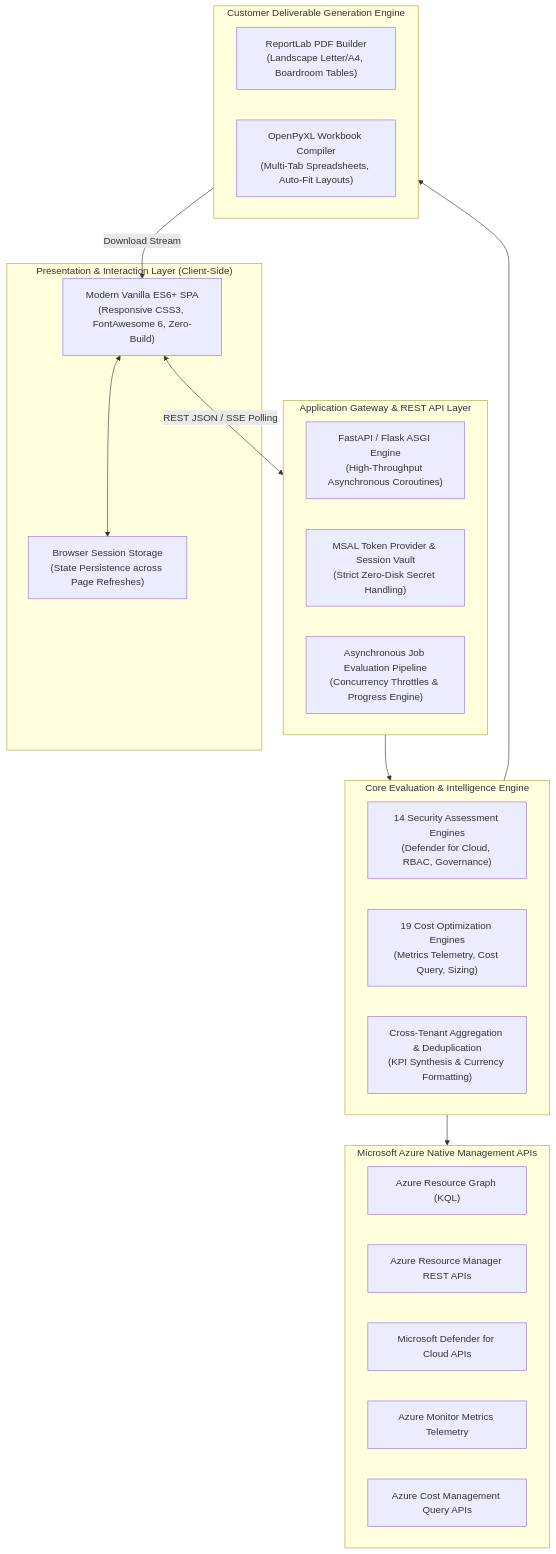
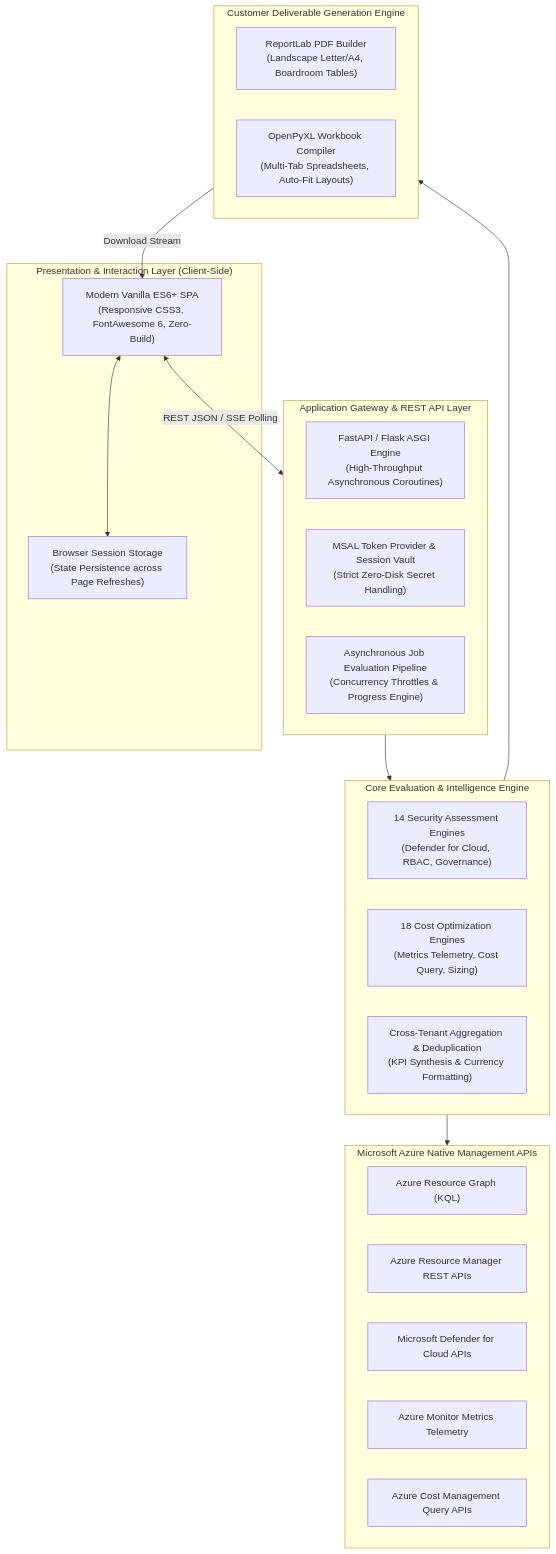
Before and after one commit to naveen-m0804/Azure_FinSecOps_Tool: the diagram in docs/TECH_STACK.md, drawn with Mermaid. The commit also changed other lines of this file and 61 other files, not shown here.

````diff
--- a/docs/TECH_STACK.md
+++ b/docs/TECH_STACK.md
@@ -16,39 +16,39 @@
 ```mermaid
 flowchart TD
     subgraph ClientLayer["Presentation & Interaction Layer (Client-Side)"]
         UI["Modern Vanilla ES6+ SPA\n(Responsive CSS3, FontAwesome 6, Zero-Build)"]
         Store["Browser Session Storage\n(State Persistence across Page Refreshes)"]
     end
 
     subgraph APILayer["Application Gateway & REST API Layer"]
         FastAPI["FastAPI / Flask ASGI Engine\n(High-Throughput Asynchronous Coroutines)"]
         AuthService["MSAL Token Provider & Session Vault\n(Strict Zero-Disk Secret Handling)"]
         JobManager["Asynchronous Job Evaluation Pipeline\n(Concurrency Throttles & Progress Engine)"]
     end
 
     subgraph EngineLayer["Core Evaluation & Intelligence Engine"]
         SecRegistry["14 Security Assessment Engines\n(Defender for Cloud, RBAC, Governance)"]
-        CostRegistry["19 Cost Optimization Engines\n(Metrics Telemetry, Cost Query, Sizing)"]
+        CostRegistry["18 Cost Optimization Engines\n(Metrics Telemetry, Cost Query, Sizing)"]
         Aggregator["Cross-Tenant Aggregation & Deduplication\n(KPI Synthesis & Currency Formatting)"]
     end
 
     subgraph ReportLayer["Customer Deliverable Generation Engine"]
         PDFGen["ReportLab PDF Builder\n(Landscape Letter/A4, Boardroom Tables)"]
         ExcelGen["OpenPyXL Workbook Compiler\n(Multi-Tab Spreadsheets, Auto-Fit Layouts)"]
     end
 
     subgraph AzureCloud["Microsoft Azure Native Management APIs"]
         ARG["Azure Resource Graph (KQL)"]
         ARM["Azure Resource Manager REST APIs"]
         Defender["Microsoft Defender for Cloud APIs"]
         Metrics["Azure Monitor Metrics Telemetry"]
         CostMgmt["Azure Cost Management Query APIs"]
     end
 
     UI <-->|REST JSON / SSE Polling| APILayer
     UI <--> Store
     APILayer --> EngineLayer
     EngineLayer --> AzureCloud
     EngineLayer --> ReportLayer
     ReportLayer -->|Download Stream| UI
 ```
````
